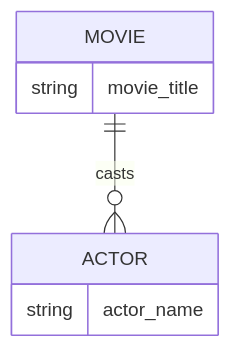
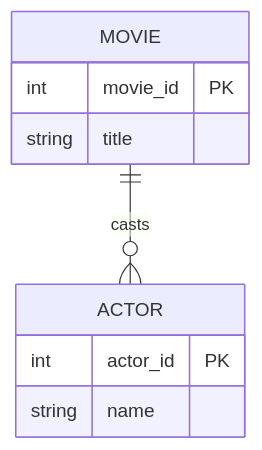
One commit to DagimAlemayehuu/Ater changed the diagram in Obsidian_Vault/2-Academic/Autumn 2025/Database_Systems/3_Relational_Model_And_Database_Design/Structural_Constraints.md. Above: the diagram before and after it, drawn with Mermaid. The commit also changed other lines of this file and 41 other files, not shown here.

````diff
--- a/Obsidian_Vault/2-Academic/Autumn 2025/Database_Systems/3_Relational_Model_And_Database_Design/Structural_Constraints.md
+++ b/Obsidian_Vault/2-Academic/Autumn 2025/Database_Systems/3_Relational_Model_And_Database_Design/Structural_Constraints.md
@@ -37,10 +29,12 @@
 ```mermaid
 erDiagram
     MOVIE ||--o{ ACTOR : "casts"
     MOVIE {
-        string movie_title
+        int movie_id PK
+        string title
     }
     ACTOR {
-        string actor_name
+        int actor_id PK
+        string name
     }
 ```
````
